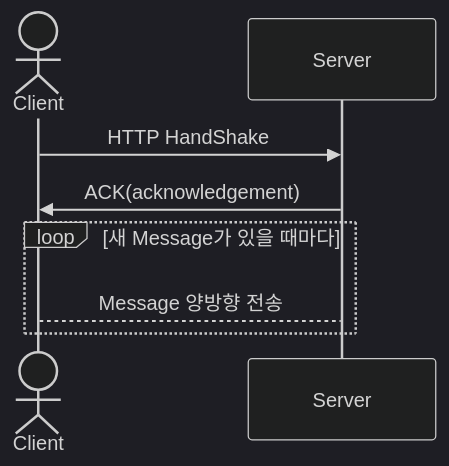
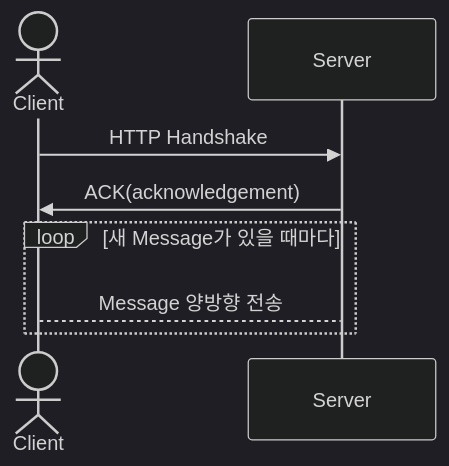
The eighth of 8 diagrams in _drafts/skills/system-design/chatting.md (choesimin/choesimin.github.io), drawn with Mermaid (dark theme) before and after one commit. The commit also changed other lines of this file, not shown here.

````diff
--- a/_drafts/skills/system-design/chatting.md
+++ b/_drafts/skills/system-design/chatting.md
@@ -281,13 +269,13 @@
 ```mermaid
 sequenceDiagram
 
 actor c as Client
 participant s as Server
 
-c ->> s : HTTP HandShake
+c ->> s : HTTP Handshake
 s ->> c : ACK(acknowledgement)
 
 loop 새 Message가 있을 때마다
     c --> s : Message 양방향 전송
 end
 ```
````
